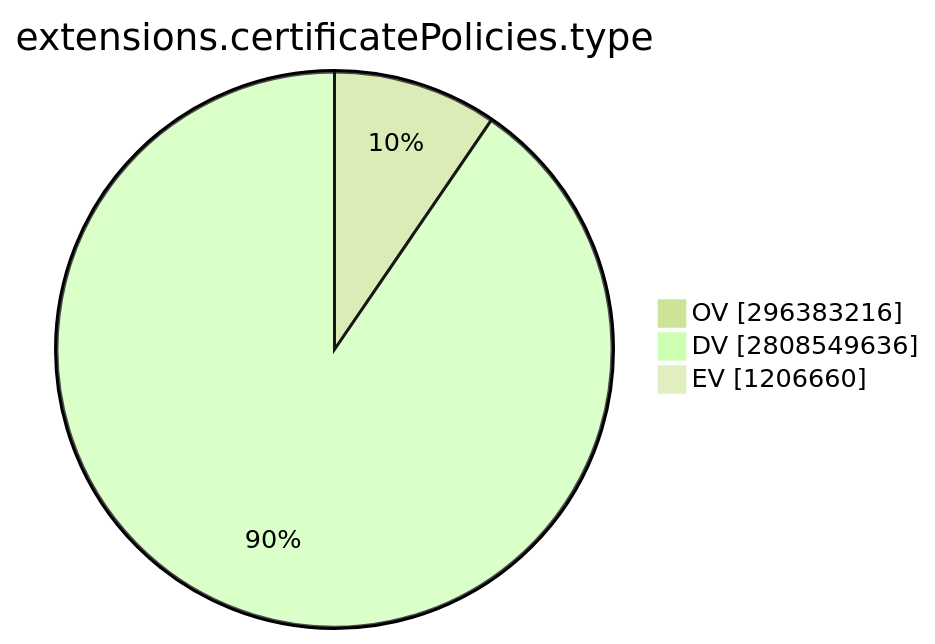
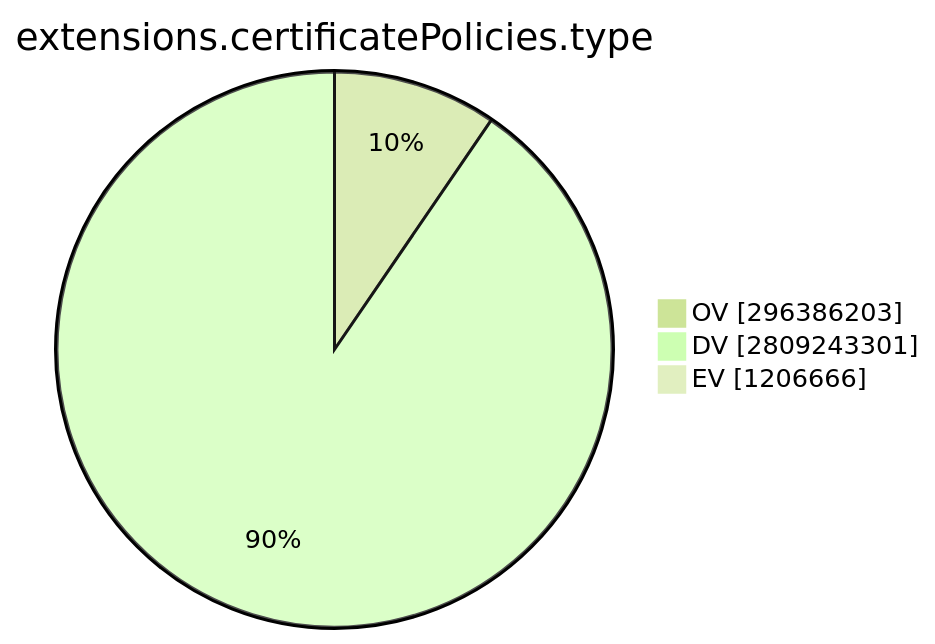
One commit to christiankrug/ctmonitor_visualization changed the ninth of 15 diagrams in TOTAL/README.md. Above: the diagram before and after it, drawn with Mermaid (forest theme). The commit also changed other lines of this file, not shown here.

````diff
--- a/TOTAL/README.md
+++ b/TOTAL/README.md
@@ -3099,7 +3099,7 @@
 ```mermaid
 pie showData
 title extensions.certificatePolicies.type
-"OV" :296383216
-"DV" :2808549636
-"EV" :1206660
+"OV" :296386203
+"DV" :2809243301
+"EV" :1206666
 ```
````
